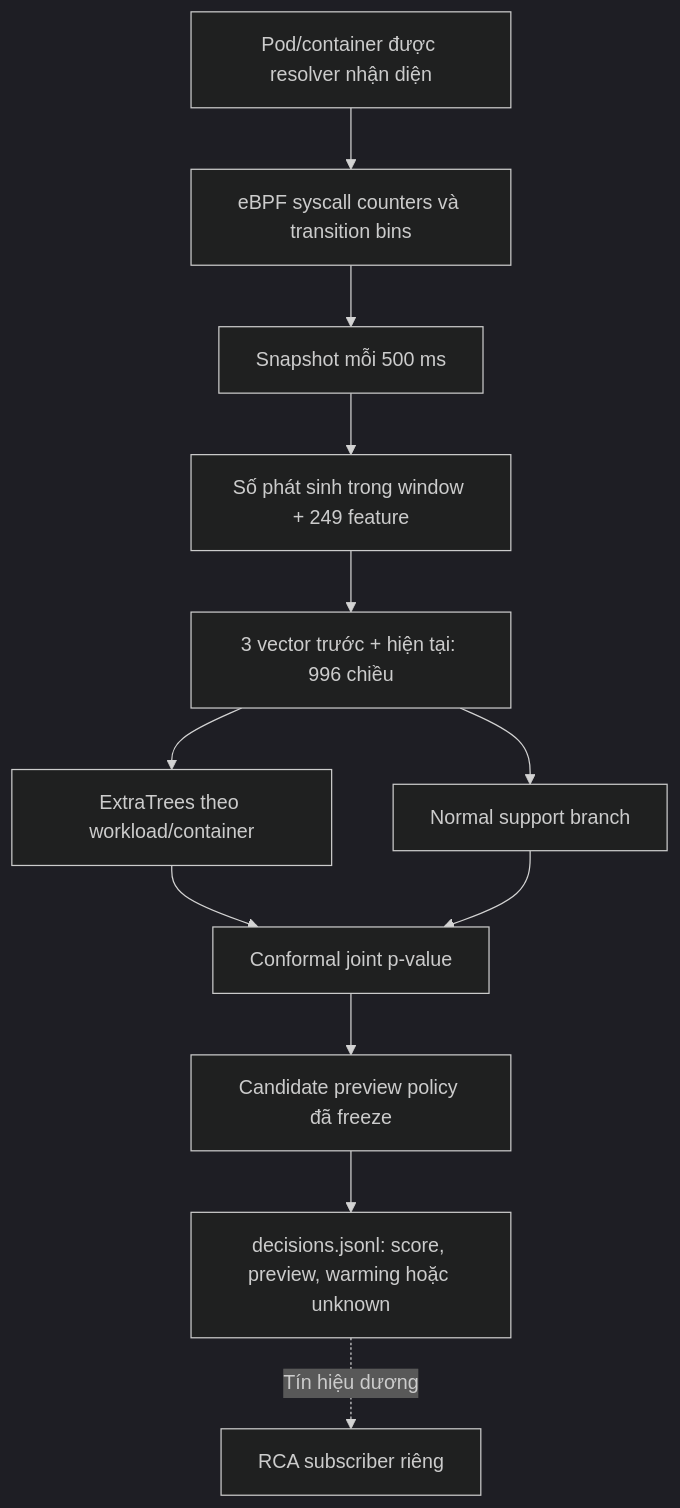
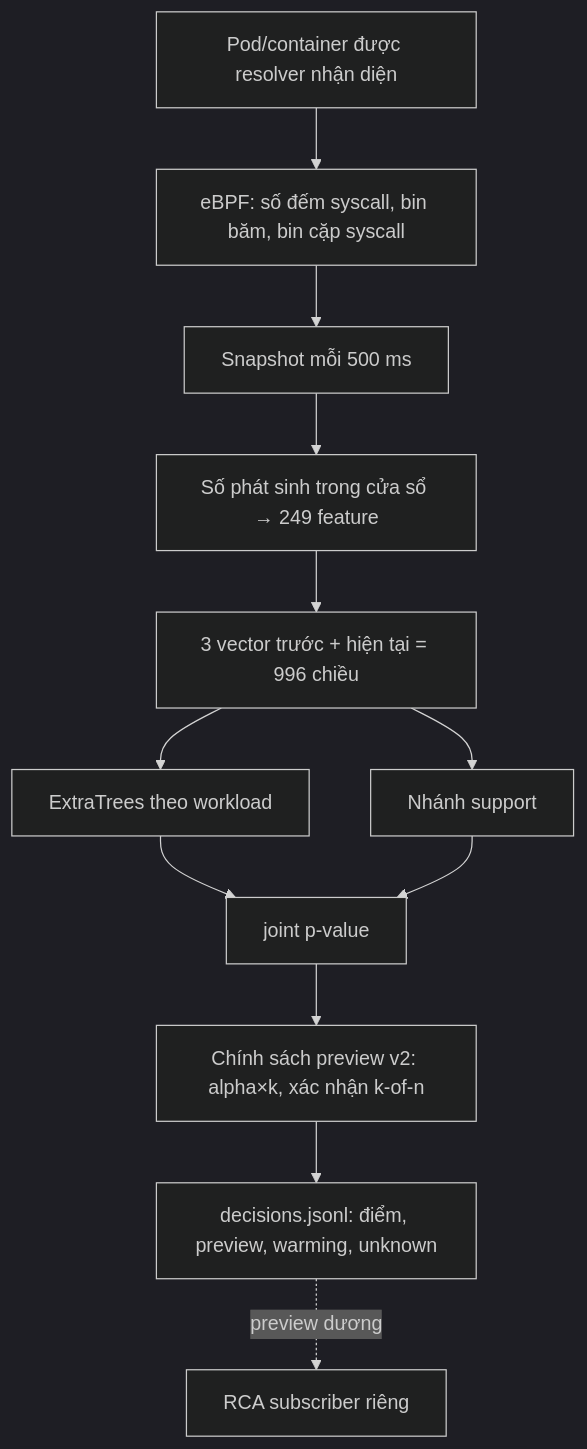
Before and after one commit to tndat-dev/eBPF-project: the diagram in SENTINEL_PULSE_STATUS.md, drawn with Mermaid (dark theme). The commit also changed other lines of this file and 10 other files, not shown here.

````diff
--- a/SENTINEL_PULSE_STATUS.md
+++ b/SENTINEL_PULSE_STATUS.md
@@ -96,14 +81,14 @@
 ```mermaid
 flowchart TD
-    A[Pod/container được resolver nhận diện] --> B[eBPF syscall counters và transition bins]
+    A[Pod/container được resolver nhận diện] --> B[eBPF: số đếm syscall, bin băm, bin cặp syscall]
     B --> C[Snapshot mỗi 500 ms]
-    C --> D[Số phát sinh trong window + 249 feature]
-    D --> E[3 vector trước + hiện tại: 996 chiều]
-    E --> F[ExtraTrees theo workload/container]
-    E --> G[Normal support branch]
-    F --> H[Conformal joint p-value]
+    C --> D[Số phát sinh trong cửa sổ → 249 feature]
+    D --> E[3 vector trước + hiện tại = 996 chiều]
+    E --> F[ExtraTrees theo workload]
+    E --> G[Nhánh support]
+    F --> H[joint p-value]
     G --> H
-    H --> I[Candidate preview policy đã freeze]
-    I --> J[decisions.jsonl: score, preview, warming hoặc unknown]
-    J -. Tín hiệu dương .-> K[RCA subscriber riêng]
+    H --> I[Chính sách preview v2: alpha×k, xác nhận k-of-n]
+    I --> J[decisions.jsonl: điểm, preview, warming, unknown]
+    J -. preview dương .-> K[RCA subscriber riêng]
 ```
````
